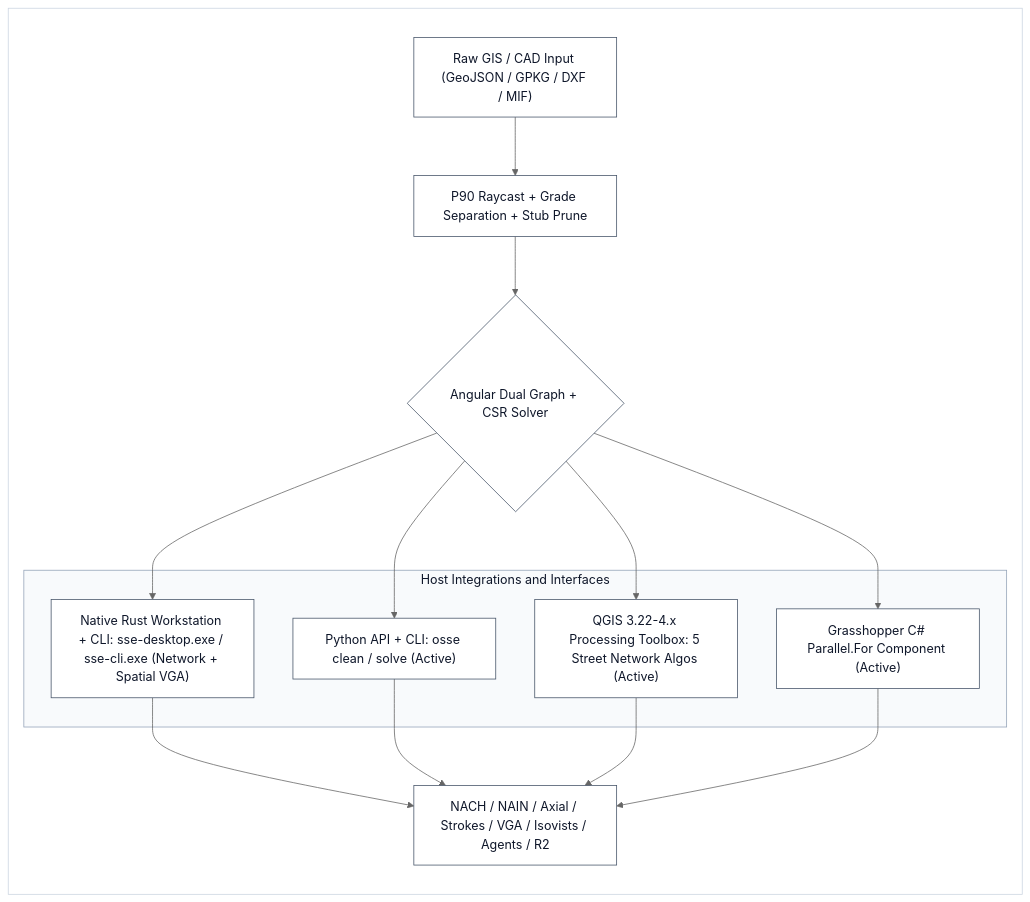
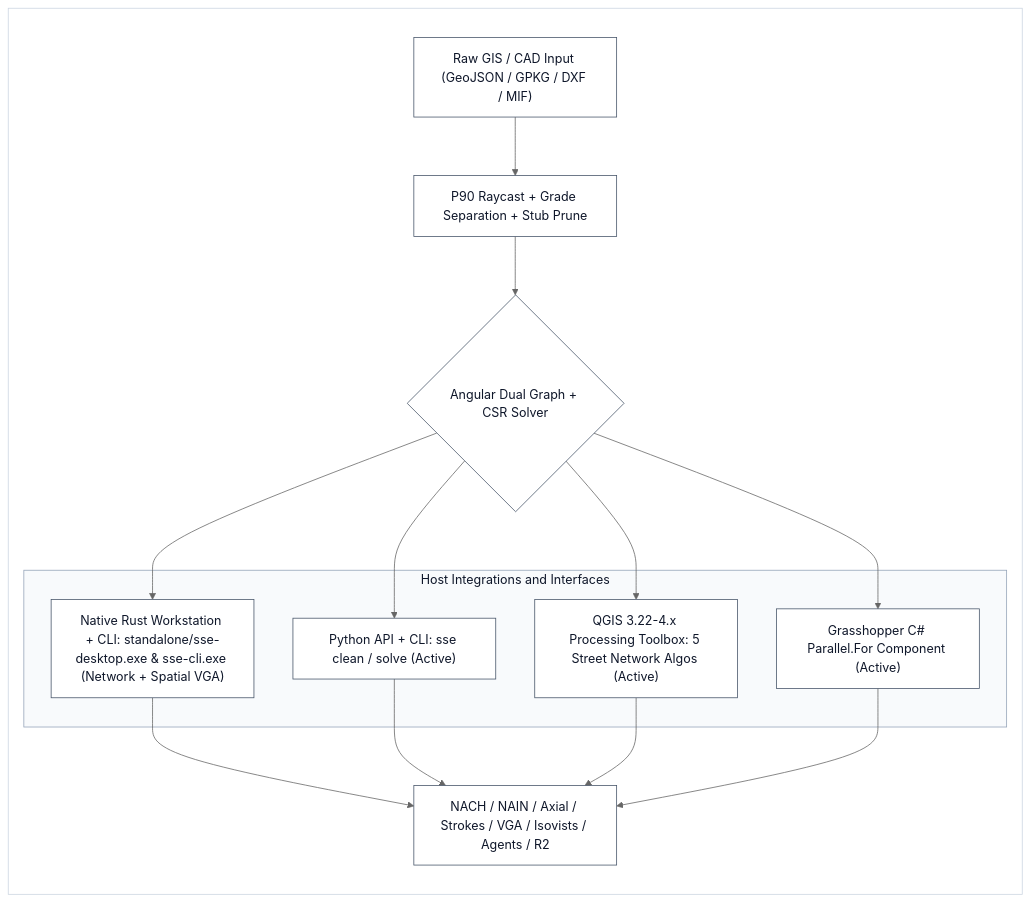
One commit to iscvlab/sse-space-syntax changed the first of 2 diagrams in README.md. Above: the diagram before and after it, drawn with Mermaid. The commit also changed other lines of this file and 81 other files, not shown here.

Commit message:
feat(repo): rename osse/ to sse/, add standalone/ .exe & .zip directory, and sync v1.1.1 docs

````diff
--- a/README.md
+++ b/README.md
@@ -85,28 +85,28 @@
 ```mermaid
 %%{init: {'theme': 'neutral'}}%%
 flowchart LR
     subgraph Canvas [" "]
         In["Raw GIS / CAD Input (GeoJSON / GPKG / DXF / MIF)"] --> Heal["P90 Raycast + Grade Separation + Stub Prune"]
         Heal --> Dual{"Angular Dual Graph + CSR Solver"}
 
         subgraph Platforms ["Host Integrations and Interfaces"]
-            P0["Native Rust Workstation + CLI: sse-desktop.exe / sse-cli.exe (Network + Spatial VGA)"]
-            P1["Python API + CLI: osse clean / solve (Active)"]
+            P0["Native Rust Workstation + CLI: standalone/sse-desktop.exe & sse-cli.exe (Network + Spatial VGA)"]
+            P1["Python API + CLI: sse clean / solve (Active)"]
             P2["QGIS 3.22-4.x Processing Toolbox: 5 Street Network Algos (Active)"]
             P3["Grasshopper C# Parallel.For Component (Active)"]
         end
 
         Dual --> P0
         Dual --> P1
         Dual --> P2
         Dual --> P3
 
         P0 --> Out["NACH / NAIN / Axial / Strokes / VGA / Isovists / Agents / R2"]
         P1 --> Out
         P2 --> Out
         P3 --> Out
     end
     classDef default fill:#ffffff,stroke:#475569,color:#0f172a,stroke-width:1px
     style Canvas fill:#ffffff,stroke:#cbd5e1,stroke-width:1px,color:#0f172a
     style Platforms fill:#f8fafc,stroke:#94a3b8,color:#0f172a
 ```
````
